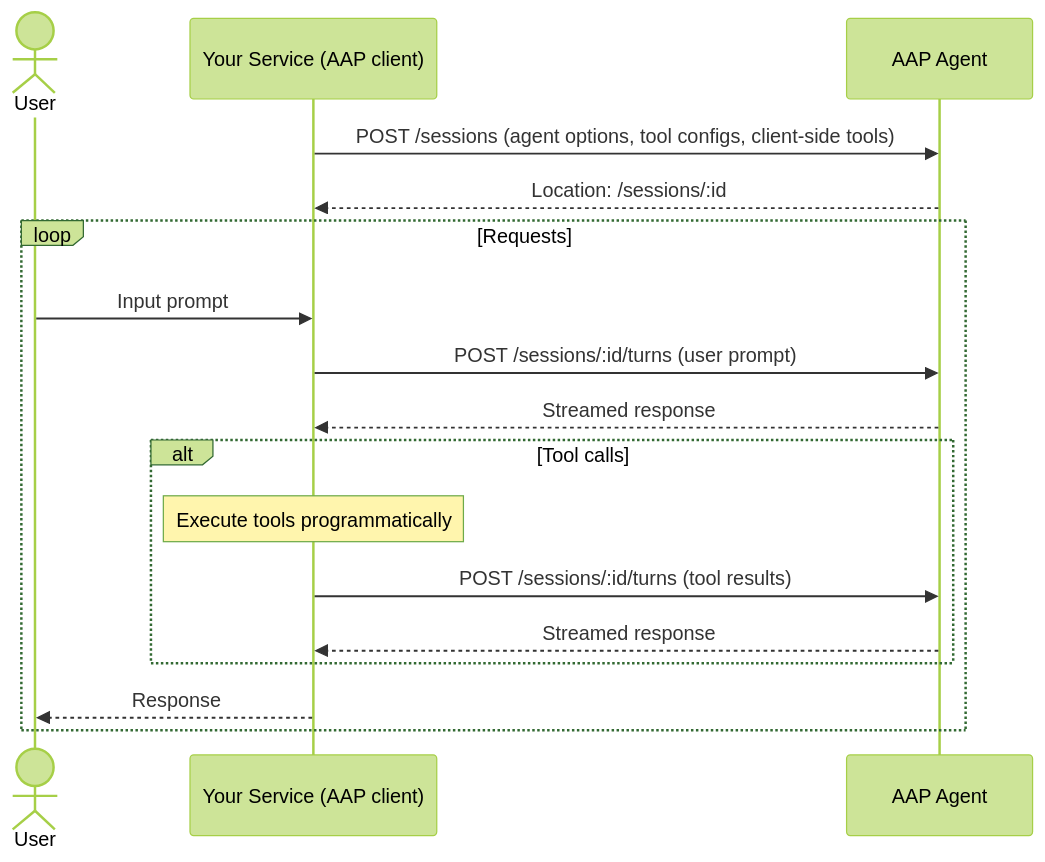
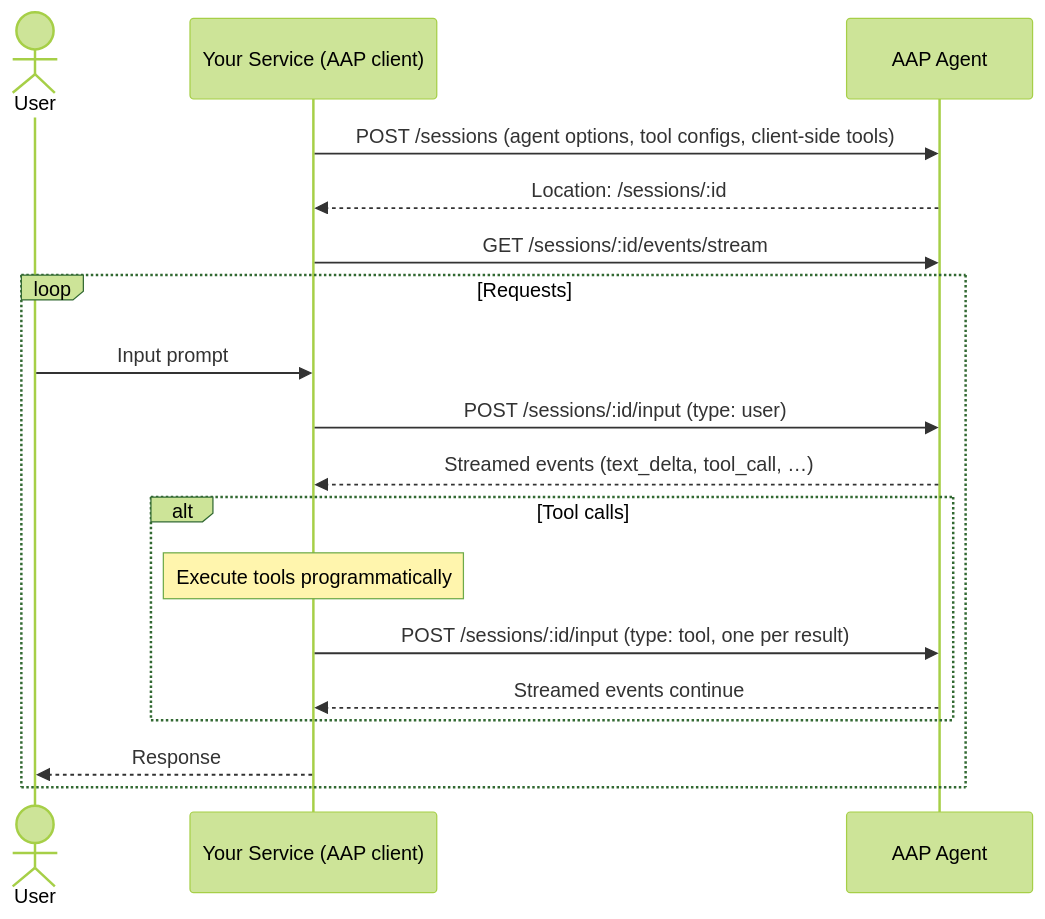
The diagram in docs/agent-as-a-microservice.md (agentapplicationprotocol/agent-application-protocol), drawn with Mermaid (forest theme) before and after one commit. The commit also changed other lines of this file and 27 other files, not shown here.

````diff
--- a/docs/agent-as-a-microservice.md
+++ b/docs/agent-as-a-microservice.md
@@ -42,20 +42,21 @@
 ```mermaid
 sequenceDiagram
     actor User
     participant Service as Your Service (AAP client)
     participant Agent as AAP Agent
 
     Service->>Agent: POST /sessions (agent options, tool configs, client-side tools)
     Agent-->>Service: Location: /sessions/:id
+    Service->>Agent: GET /sessions/:id/events/stream
     loop Requests
         User->>Service: Input prompt
-        Service->>Agent: POST /sessions/:id/turns (user prompt)
-        Agent-->>Service: Streamed response
+        Service->>Agent: POST /sessions/:id/input (type: user)
+        Agent-->>Service: Streamed events (text_delta, tool_call, …)
         alt Tool calls
             Note over Service: Execute tools programmatically
-            Service->>Agent: POST /sessions/:id/turns (tool results)
-            Agent-->>Service: Streamed response
+            Service->>Agent: POST /sessions/:id/input (type: tool, one per result)
+            Agent-->>Service: Streamed events continue
         end
         Service-->>User: Response
     end
 ```
````
